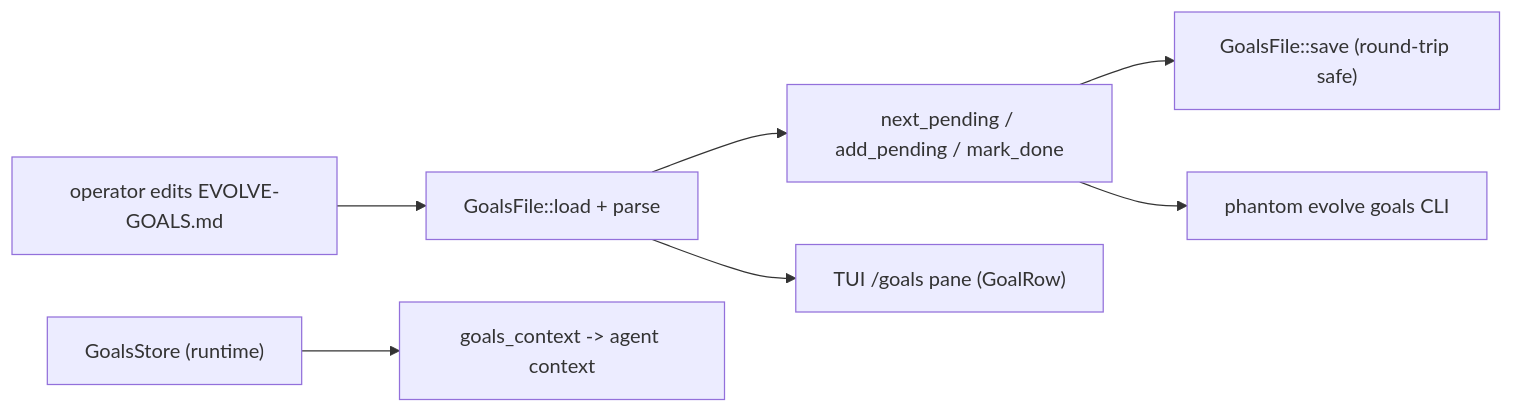
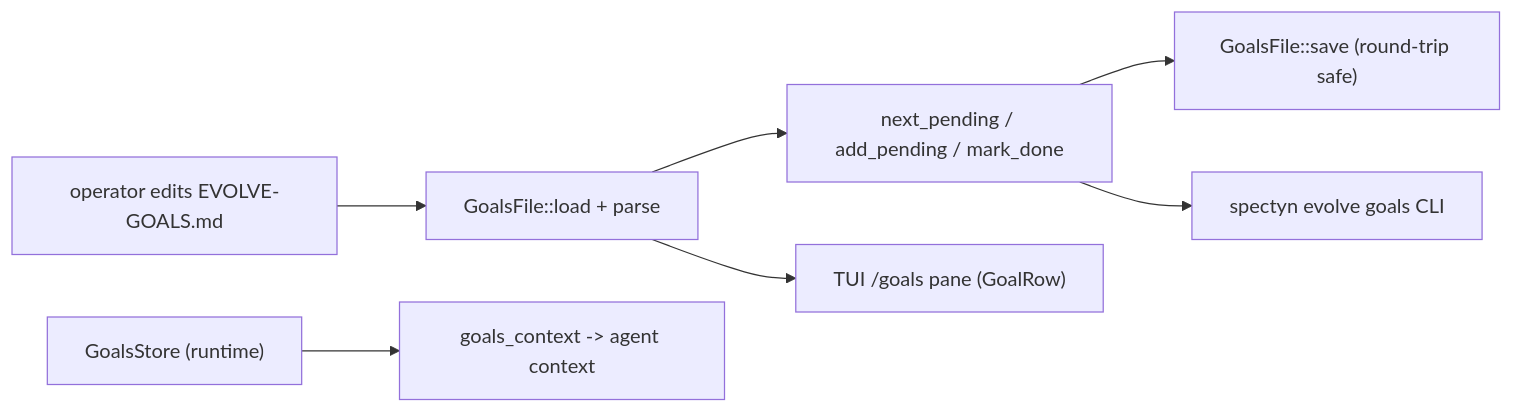
The diagram in docs/architecture/evolve-goals.md (markl-a/phantom-mesh), drawn with Mermaid before and after one commit. The commit also changed other lines of this file and 1245 other files, not shown here.

First line of the commit message:
rename: phantom -> spectyn across the public tree

````diff
--- a/docs/architecture/evolve-goals.md
+++ b/docs/architecture/evolve-goals.md
@@ -48,9 +48,9 @@
 ```mermaid
 flowchart LR
   A["operator edits EVOLVE-GOALS.md"] --> B["GoalsFile::load + parse"]
   B --> C["next_pending / add_pending / mark_done"]
   C --> D["GoalsFile::save (round-trip safe)"]
-  C --> E["phantom evolve goals CLI"]
+  C --> E["spectyn evolve goals CLI"]
   B --> F["TUI /goals pane (GoalRow)"]
   G["GoalsStore (runtime)"] --> H["goals_context -> agent context"]
 ```
````
